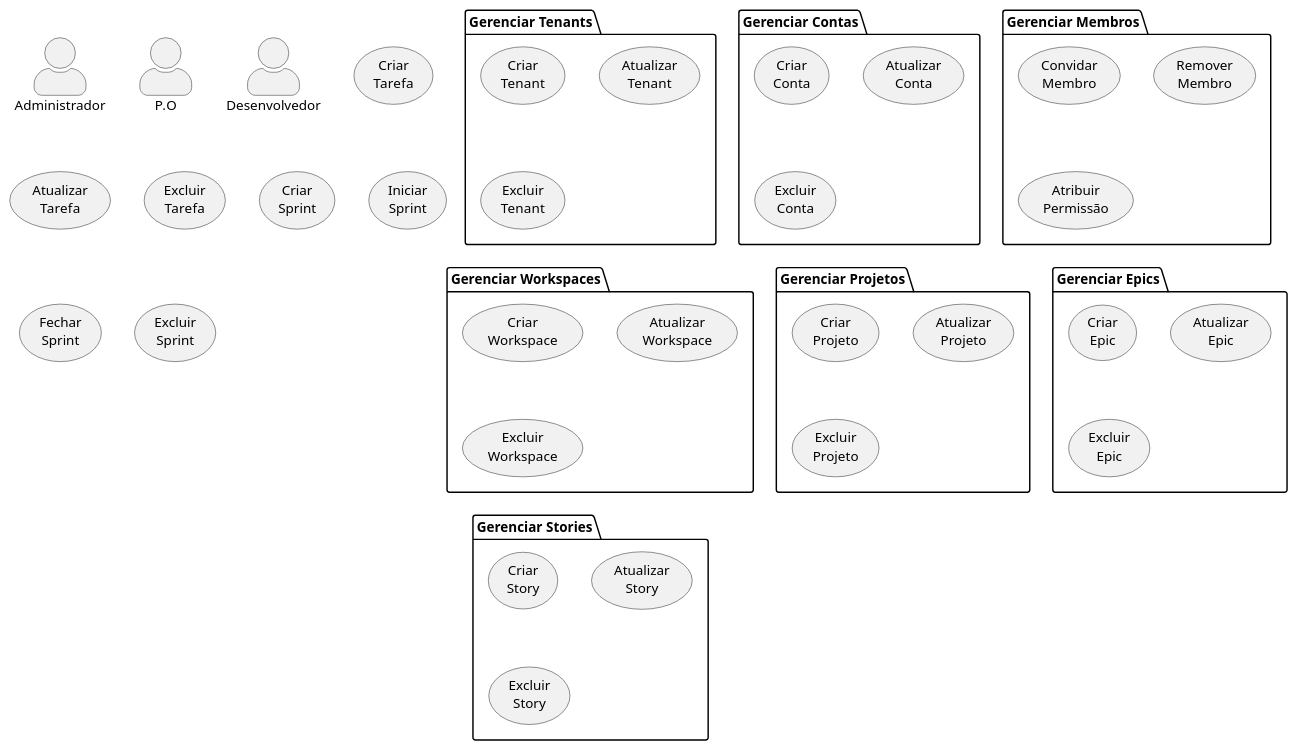
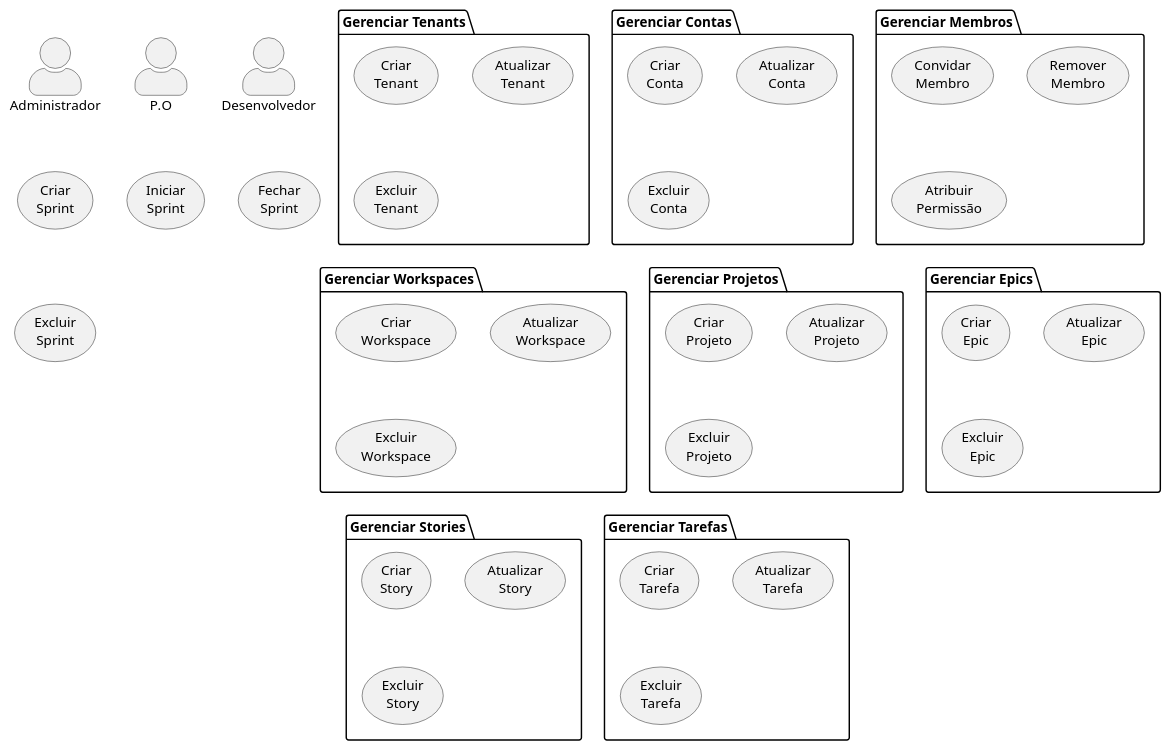
One commit to jairokoning/sprint_manager_uml changed the diagram in use_case.plantuml. Above: the diagram before and after it, drawn with PlantUML.

Commit message:
feat: add use case package manage tarefas

```diff
--- a/use_case.plantuml
+++ b/use_case.plantuml
@@ -1,63 +1,65 @@
 @startuml ""
 ' http://www.plantuml.com/plantuml/uml/SoWkIImgAStDuUBISCiiAYvHA2rEJKuiJjNaqd3Coo_9I2s2YoWa5YjeX3eRQN91HHH2dOtXR0sVnEAIc3nanQ7E9bnS3gbvAI3p0G00
 skinparam TextAlign center
 skinparam actorStyle awesome
 
 actor Administrador as adm
 actor P.O as po
 actor Desenvolvedor as dev
 
 package "Gerenciar Tenants" {
   usecase "Criar\nTenant" as createTenant
   usecase "Atualizar\nTenant" as updateTenant
   usecase "Excluir\nTenant" as deleteTenant
 }
 
 package "Gerenciar Contas" {
   usecase "Criar\nConta" as createAccount
   usecase "Atualizar\nConta" as updateAccount
   usecase "Excluir\nConta" as deleteAccount
 }
 
 package "Gerenciar Membros" {
   usecase "Convidar\nMembro" as inviteMember
   usecase "Remover\nMembro" as removeMember
   usecase "Atribuir\nPermissão" as setPermission
 }
 
 package "Gerenciar Workspaces" {
   usecase "Criar\nWorkspace" as createWorkspace
   usecase "Atualizar\nWorkspace" as updateWorkspace
   usecase "Excluir\nWorkspace" as deleteWorkspace
 }
 
 package "Gerenciar Projetos" {
   usecase "Criar\nProjeto" as createProject
   usecase "Atualizar\nProjeto" as updateProject
   usecase "Excluir\nProjeto" as deleteProject
 }
 
 package "Gerenciar Epics" {
   usecase "Criar\nEpic" as createEpic
   usecase "Atualizar\nEpic" as updateEpic
   usecase "Excluir\nEpic" as deleteEpic
 }
 
 package "Gerenciar Stories" {
   usecase "Criar\nStory" as createStory
   usecase "Atualizar\nStory" as updateStory
   usecase "Excluir\nStory" as deleteStory
 }
+
+package "Gerenciar Tarefas" {
   usecase "Criar\nTarefa" as createTask
   usecase "Atualizar\nTarefa" as updateTask
   usecase "Excluir\nTarefa" as deleteTask
-
+}
   usecase "Criar\nSprint" as createSprint
   usecase "Iniciar\nSprint" as openSprint
   usecase "Fechar\nSprint" as closeSprint
   usecase "Excluir\nSprint" as deleteSprint
 
 'Quando concluir todas tarefas de um recurso, deve automaticamente concluir o Recurso, e quando concluir todos os recursos de Epic, deve concluir o Epi
 'Criar um grafico de gantt baseado nas tarefas
 
 @enduml
```
